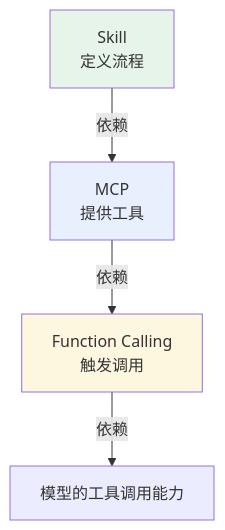
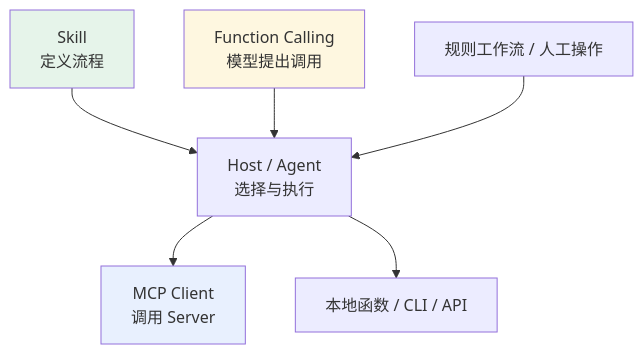
One commit to oneleaveknowsthefall/awesome-ai-roadmap changed the third of 4 diagrams in docs/tools/03-skills/10-fc-skill-mcp.md. Above: the diagram before and after it, drawn with Mermaid. The commit also changed other lines of this file and 50 other files, not shown here.

````diff
--- a/docs/tools/03-skills/10-fc-skill-mcp.md
+++ b/docs/tools/03-skills/10-fc-skill-mcp.md
@@ -78,10 +78,12 @@
 ```mermaid
 flowchart TB
-    S["Skill<br/>定义流程"] -->|依赖| M["MCP<br/>提供工具"]
-    M -->|依赖| F["Function Calling<br/>触发调用"]
-    F -->|依赖| LLM["模型的工具调用能力"]
+    S["Skill<br/>定义流程"] --> H["Host / Agent<br/>选择与执行"]
+    H --> M["MCP Client<br/>调用 Server"]
+    H --> LOCAL["本地函数 / CLI / API"]
+    F["Function Calling<br/>模型提出调用"] --> H
+    RULE["规则工作流 / 人工操作"] --> H
 
     style S fill:#e6f4ea
     style M fill:#e8f0fe
     style F fill:#fef7e0
 ```
````
